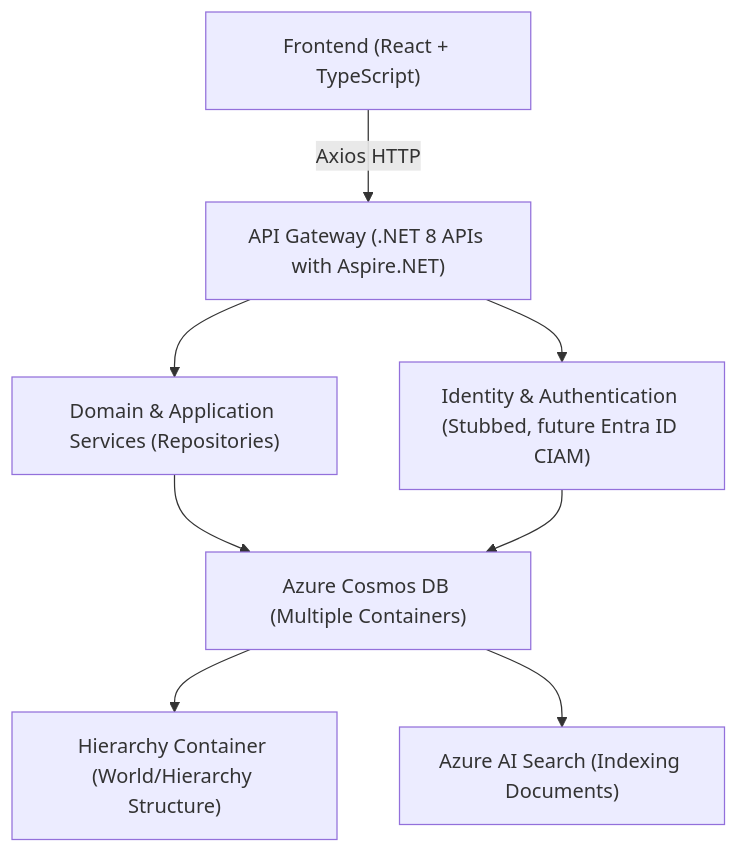
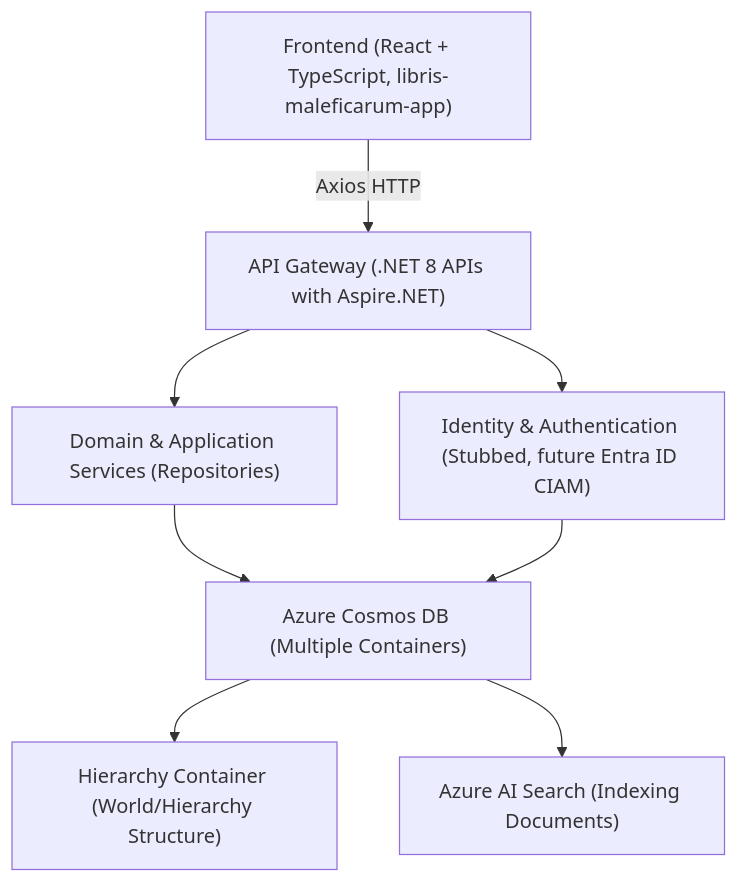
The diagram in design/ARCHITECTURE.md (PlagueHO/libris-maleficarum), drawn with Mermaid before and after one commit. The commit also changed 30 other files, not shown here.

First line of the commit message:
feat: initialize libris-maleficarnum-app with React, Redux, and Vite

````diff
--- a/design/ARCHITECTURE.md
+++ b/design/ARCHITECTURE.md
@@ -28,18 +28,18 @@
 ```mermaid
 graph TD
-    Frontend["Frontend (React + TypeScript)"]
+    Frontend["Frontend (React + TypeScript, libris-maleficarum-app)"]
     API["API Gateway (.NET 8 APIs with Aspire.NET)"]
     DomainServices["Domain & Application Services (Repositories)"]
     Identity["Identity & Authentication (Stubbed, future Entra ID CIAM)"]
     CosmosDB["Azure Cosmos DB (Multiple Containers)"]
     HierarchyContainer["Hierarchy Container (World/Hierarchy Structure)"]
     AIIndex["Azure AI Search (Indexing Documents)"]
 
     Frontend -->|Axios HTTP| API
     API --> DomainServices
     API --> Identity
     DomainServices --> CosmosDB
     CosmosDB --> HierarchyContainer
     CosmosDB --> AIIndex
     Identity --> CosmosDB
 ```
````
